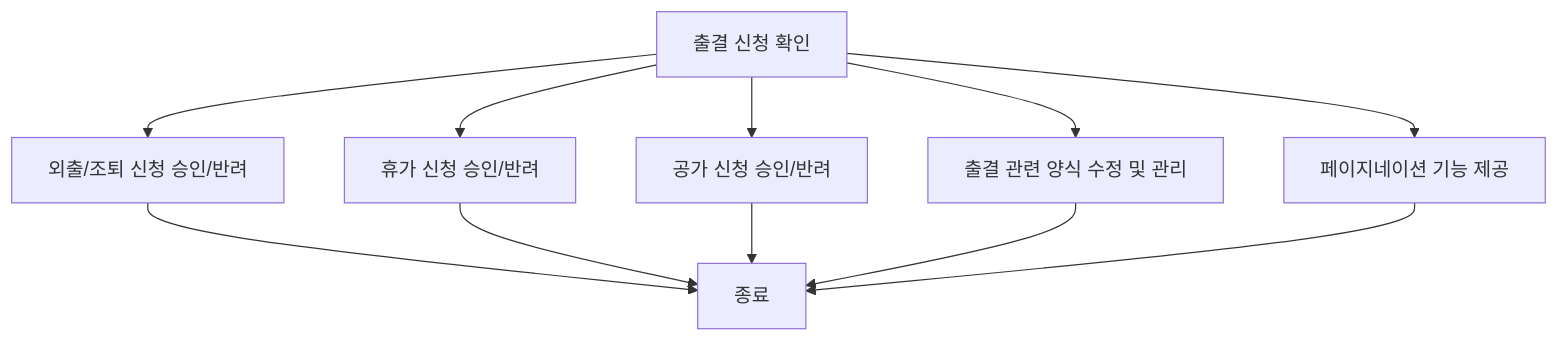
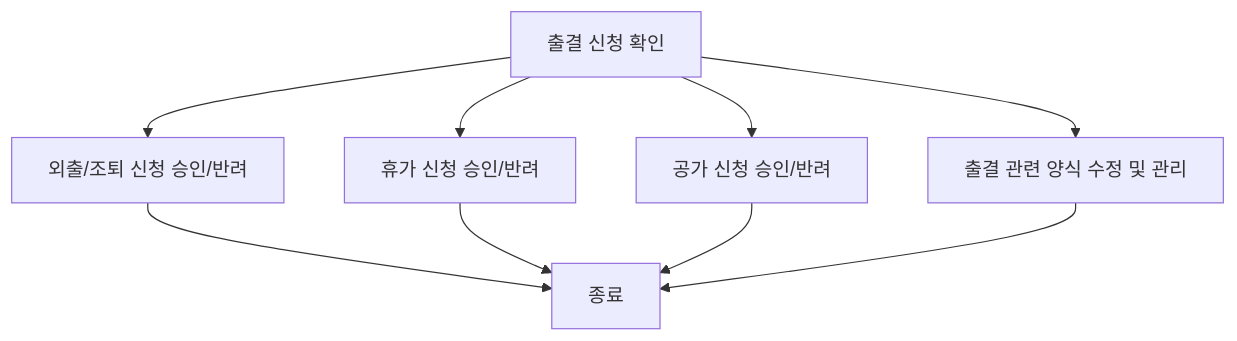
Before and after one commit to Dev-FE-1/Toy_Project_Team-4: diagram 12 of 17 in design/기능 정의서.md, drawn with Mermaid. The commit also changed other lines of this file, not shown here.

````diff
--- a/design/기능 정의서.md
+++ b/design/기능 정의서.md
@@ -326,13 +322,11 @@
 ```mermaid
 flowchart TD
     A[출결 신청 확인] --> B[외출/조퇴 신청 승인/반려]
     A --> C[휴가 신청 승인/반려]
     A --> D[공가 신청 승인/반려]
     A --> E[출결 관련 양식 수정 및 관리]
-    A --> F[페이지네이션 기능 제공]
     B --> Z[종료]
     C --> Z[종료]
     D --> Z[종료]
     E --> Z[종료]
-    F --> Z[종료]
 ```
````
